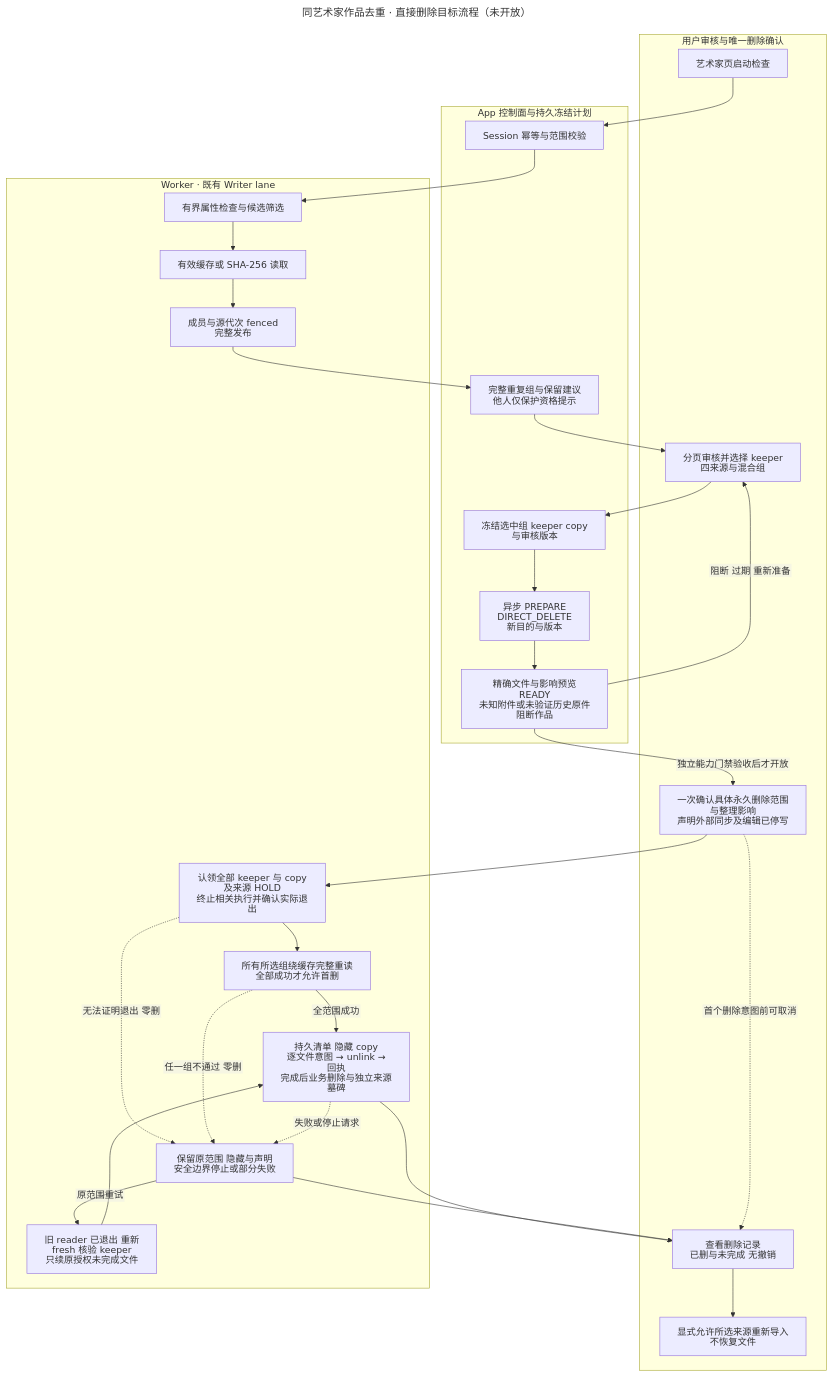
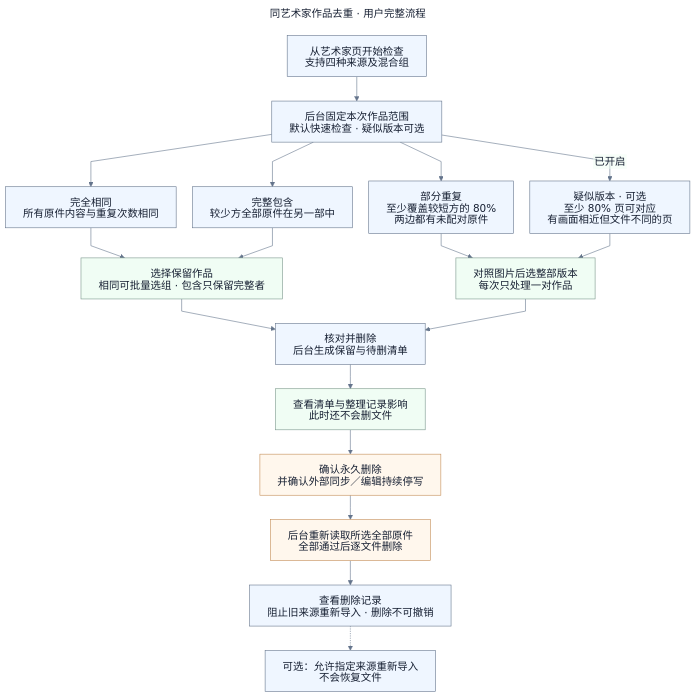
Before and after one commit to namehu/PixiShelf: the diagram in docs/diagrams/features/artwork-deduplication/business-flow.mmd, drawn with Mermaid. The commit also changed 23 other files, not shown here.

Commit message:
docs(dedup): unify current workflows architecture and limits

```diff
--- a/docs/diagrams/features/artwork-deduplication/business-flow.mmd
+++ b/docs/diagrams/features/artwork-deduplication/business-flow.mmd
@@ -1,41 +1,48 @@
 ---
 config:
+  theme: base
   htmlLabels: false
+  themeVariables:
+    fontFamily: 'Arial, PingFang SC, Microsoft YaHei, sans-serif'
+    fontSize: 18px
+    background: '#ffffff'
+    primaryColor: '#eff6ff'
+    primaryTextColor: '#172033'
+    primaryBorderColor: '#64748b'
+    lineColor: '#64748b'
+    secondaryColor: '#f0fdf4'
+    tertiaryColor: '#fff7ed'
   flowchart:
     htmlLabels: false
-title: 同艺术家作品去重 · 直接删除目标流程（未开放）
+    curve: linear
+    nodeSpacing: 28
+    rankSpacing: 42
+    wrappingWidth: 340
+title: 同艺术家作品去重 · 用户完整流程
 ---
 flowchart TB
-  subgraph Human[用户审核与唯一删除确认]
-    B01[艺术家页启动检查]
-    B07[分页审核并选择 keeper<br/>四来源与混合组]
-    B10[一次确认具体永久删除范围与整理影响<br/>声明外部同步及编辑已停写]
-    B14[查看删除记录<br/>已删与未完成 无撤销]
-    B15[显式允许所选来源重新导入<br/>不恢复文件]
-  end
-  subgraph App[App 控制面与持久冻结计划]
-    B02[Session 幂等与范围校验]
-    B06[完整重复组与保留建议<br/>他人仅保护资格提示]
-    B08[冻结选中组 keeper copy 与审核版本]
-    B09[异步 PREPARE<br/>DIRECT_DELETE 新目的与版本]
-    B22[精确文件与影响预览 READY<br/>未知附件或未验证历史原件阻断作品]
-  end
-  subgraph Background[Worker · 既有 Writer lane]
-    B03[有界属性检查与候选筛选]
-    B04[有效缓存或 SHA-256 读取]
-    B05[成员与源代次 fenced 完整发布]
-    B11[认领全部 keeper 与 copy 及来源 HOLD<br/>终止相关执行并确认实际退出]
-    B12[所有所选组绕缓存完整重读<br/>全部成功才允许首删]
-    B13[持久清单 隐藏 copy<br/>逐文件意图 → unlink → 回执<br/>完成后业务删除与独立来源墓碑]
-    B16[保留原范围 隐藏与声明<br/>安全边界停止或部分失败]
-    B17[旧 reader 已退出 重新 fresh 核验 keeper<br/>只续原授权未完成文件]
-  end
-  B01 --> B02 --> B03 --> B04 --> B05 --> B06 --> B07 --> B08 --> B09 --> B22
-  B22 -->|阻断 过期 重新准备| B07
-  B22 -->|独立能力门禁验收后才开放| B10 --> B11 --> B12
-  B12 -->|全范围成功| B13 --> B14 --> B15
-  B11 -.->|无法证明退出 零删| B16
-  B12 -.->|任一组不通过 零删| B16
-  B13 -.->|失败或停止请求| B16 --> B14
-  B16 -->|原范围重试| B17 --> B13
-  B10 -.->|首个删除意图前可取消| B14
+  B01[从艺术家页开始检查<br/>支持四种来源及混合组]
+  B02[后台固定本次作品范围<br/>默认快速检查 · 疑似版本可选]
+  B03[完全相同<br/>所有原件内容与重复次数相同]
+  B04[完整包含<br/>较少方全部原件在另一部中]
+  B05[部分重复<br/>至少覆盖较短方的 80%<br/>两边都有未配对原件]
+  B06[疑似版本 · 可选<br/>至少 80% 页可对应<br/>有画面相近但文件不同的页]
+  B07[选择保留作品<br/>相同可批量选组 · 包含只保留完整者]
+  B08[对照图片后选整部版本<br/>每次只处理一对作品]
+  B09[核对并删除<br/>后台生成保留与待删清单]
+  B10[查看清单与整理记录影响<br/>此时还不会删文件]
+  B11[确认永久删除<br/>并确认外部同步／编辑持续停写]
+  B12[后台重新读取所选全部原件<br/>全部通过后逐文件删除]
+  B13[查看删除记录<br/>阻止旧来源重新导入 · 删除不可撤销]
+  B14[可选：允许指定来源重新导入<br/>不会恢复文件]
+  B01 --> B02
+  B02 --> B03 & B04 & B05
+  B02 -->|已开启| B06
+  B03 & B04 --> B07
+  B05 & B06 --> B08
+  B07 & B08 --> B09 --> B10 --> B11 --> B12 --> B13
+  B13 -.-> B14
+  classDef review fill:#f0fdf4,stroke:#779489
+  classDef danger fill:#fff7ed,stroke:#c28b54
+  class B07,B08,B10 review
+  class B11,B12 danger
```
